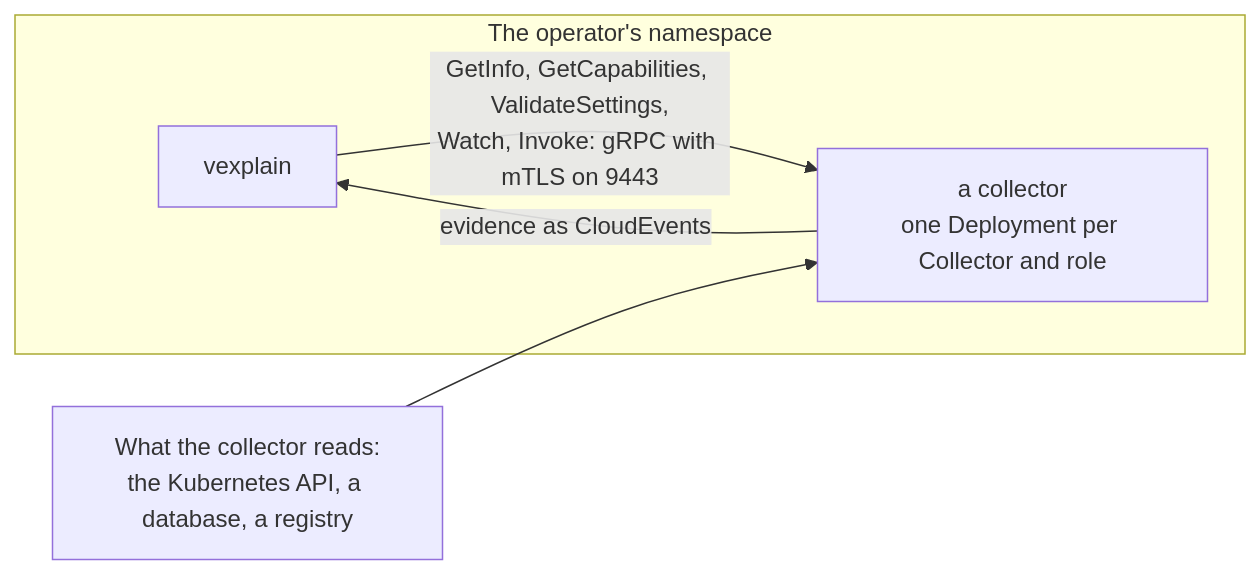
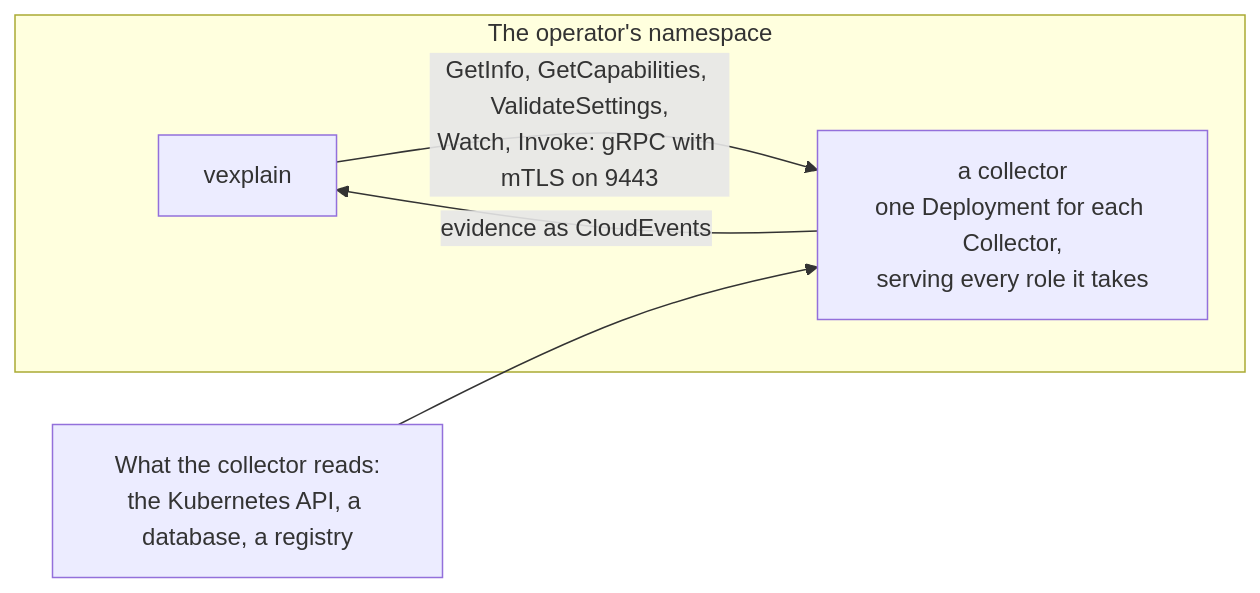
One commit to bedag/vexplain changed the first of 2 diagrams in docs/collectors.md. Above: the diagram before and after it, drawn with Mermaid. The commit also changed other lines of this file and 4 other files, not shown here.

````diff
--- a/docs/collectors.md
+++ b/docs/collectors.md
@@ -20,11 +20,11 @@
 ```mermaid
 flowchart LR
   subgraph ns["The operator's namespace"]
     V["vexplain"]
-    C["a collector<br/>one Deployment per Collector and role"]
+    C["a collector<br/>one Deployment for each Collector,<br/>serving every role it takes"]
   end
   S["What the collector reads:<br/>the Kubernetes API, a database, a registry"]
   V -->|"GetInfo, GetCapabilities, ValidateSettings,<br/>Watch, Invoke: gRPC with mTLS on 9443"| C
   C -->|"evidence as CloudEvents"| V
   S --> C
 ```
````
